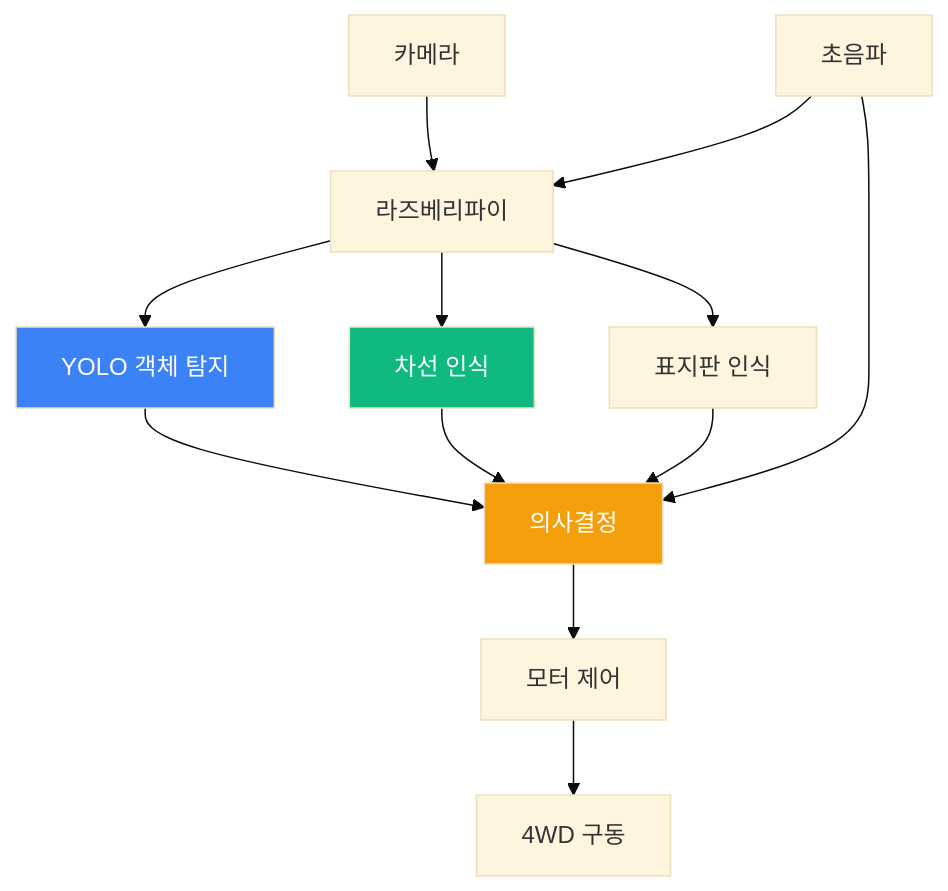
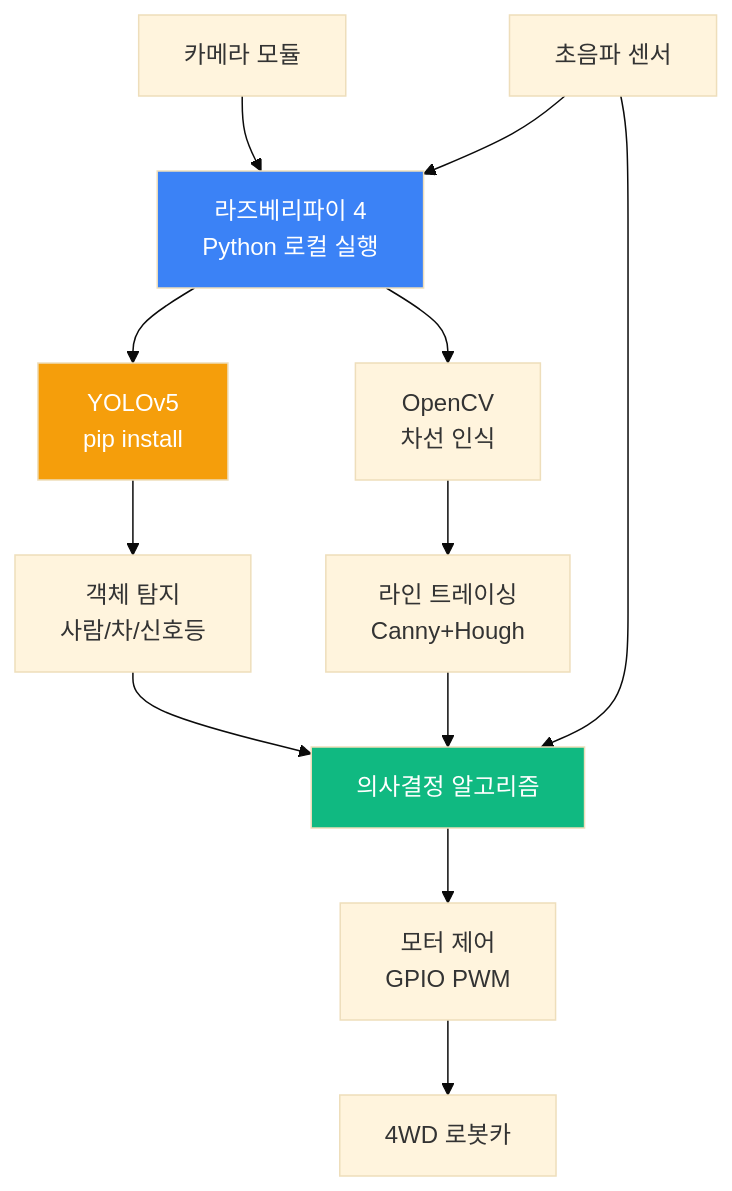
The sixth of 9 diagrams in documents/CURRICULUM/맛보기_라즈베리파이_AI.md (Collegenie-X/AIMakerLab_Web), drawn with Mermaid (base theme) before and after one commit. The commit also changed other lines of this file and 3 other files, not shown here.

````diff
--- a/documents/CURRICULUM/맛보기_라즈베리파이_AI.md
+++ b/documents/CURRICULUM/맛보기_라즈베리파이_AI.md
@@ -365,21 +472,22 @@
 ```mermaid
 graph TB
-    A[카메라] --> B[라즈베리파이]
-    C[초음파] --> B
+    A[카메라 모듈] --> B[라즈베리파이 4<br/>Python 로컬 실행]
+    C[초음파 센서] --> B
     
-    B --> D[YOLO 객체 탐지]
-    B --> E[차선 인식]
-    B --> F[표지판 인식]
+    B --> D[YOLOv5<br/>pip install]
+    B --> E[OpenCV<br/>차선 인식]
     
-    D --> G[의사결정]
-    E --> G
-    F --> G
-    C --> G
+    D --> F[객체 탐지<br/>사람/차/신호등]
+    E --> G[라인 트레이싱<br/>Canny+Hough]
     
-    G --> H[모터 제어]
-    H --> I[4WD 구동]
+    F --> H[의사결정 알고리즘]
+    G --> H
+    C --> H
     
-    style D fill:#3b82f6,color:#fff
-    style E fill:#10b981,color:#fff
-    style G fill:#f59e0b,color:#fff
+    H --> I[모터 제어<br/>GPIO PWM]
+    I --> J[4WD 로봇카]
+    
+    style B fill:#3b82f6,color:#fff
+    style D fill:#f59e0b,color:#fff
+    style H fill:#10b981,color:#fff
 ```
````
